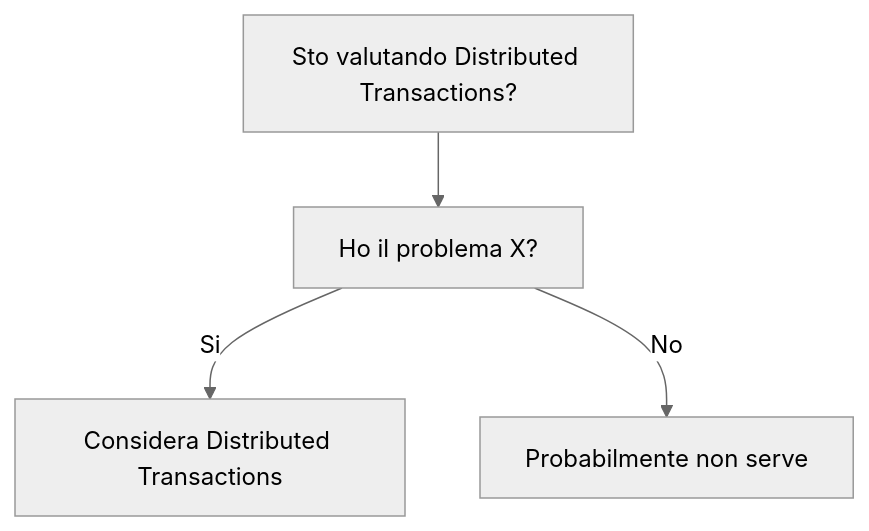
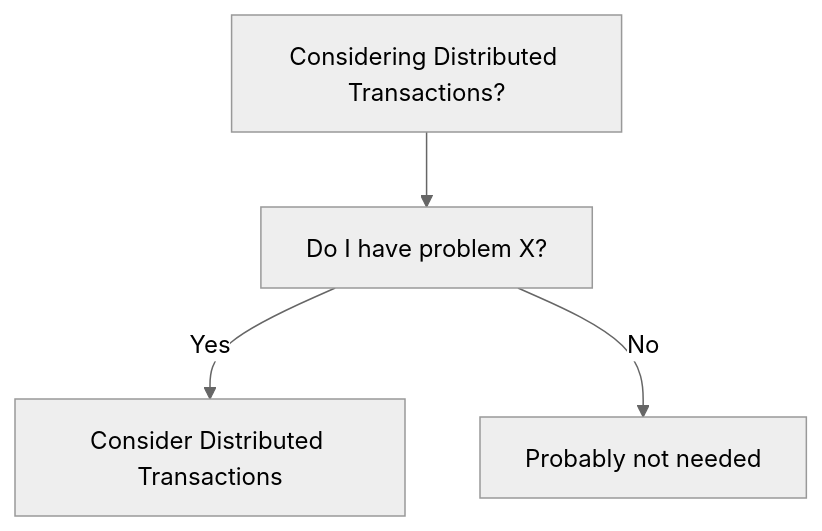
One commit to HxT9/Software-Dev-Wiki changed the diagram in dev-wiki/05_Distributed_Systems/Distributed_Transactions/When_To_Use.md. Above: the diagram before and after it, drawn with Mermaid (neutral theme). The commit also changed other lines of this file and 3444 other files, not shown here.

````diff
--- a/dev-wiki/05_Distributed_Systems/Distributed_Transactions/When_To_Use.md
+++ b/dev-wiki/05_Distributed_Systems/Distributed_Transactions/When_To_Use.md
@@ -19,6 +19,6 @@
 ```mermaid
 flowchart TD
-  Q[Sto valutando Distributed Transactions?] --> Q1[Ho il problema X?]
-  Q1 -->|Si| OK[Considera Distributed Transactions]
-  Q1 -->|No| NO[Probabilmente non serve]
+  Q[Considering Distributed Transactions?] --> Q1[Do I have problem X?]
+  Q1 -->|Yes| OK[Consider Distributed Transactions]
+  Q1 -->|No| NO[Probably not needed]
 ```
````
